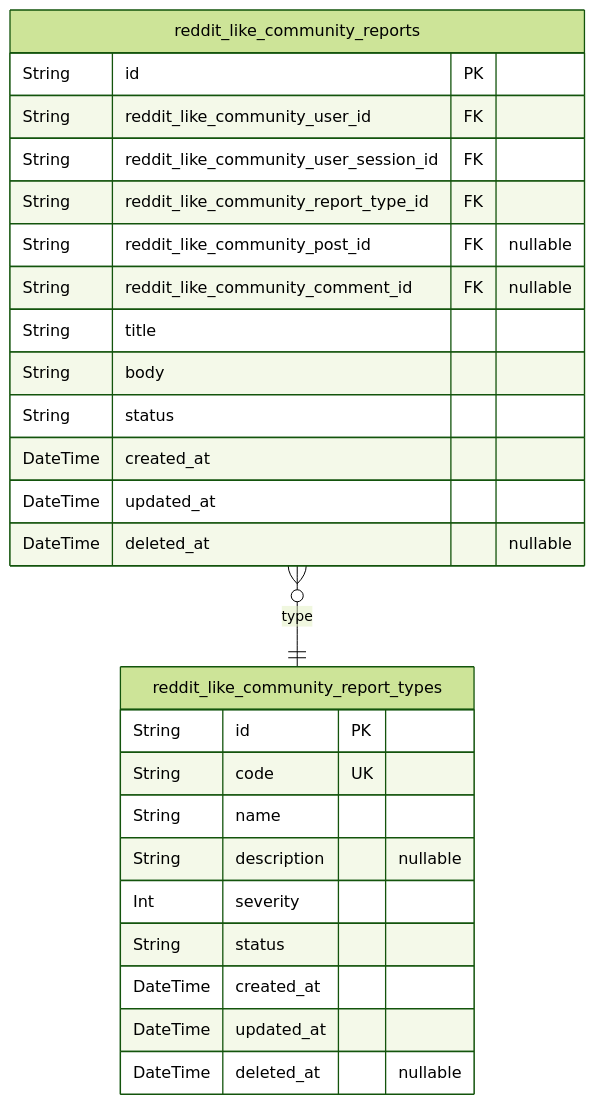
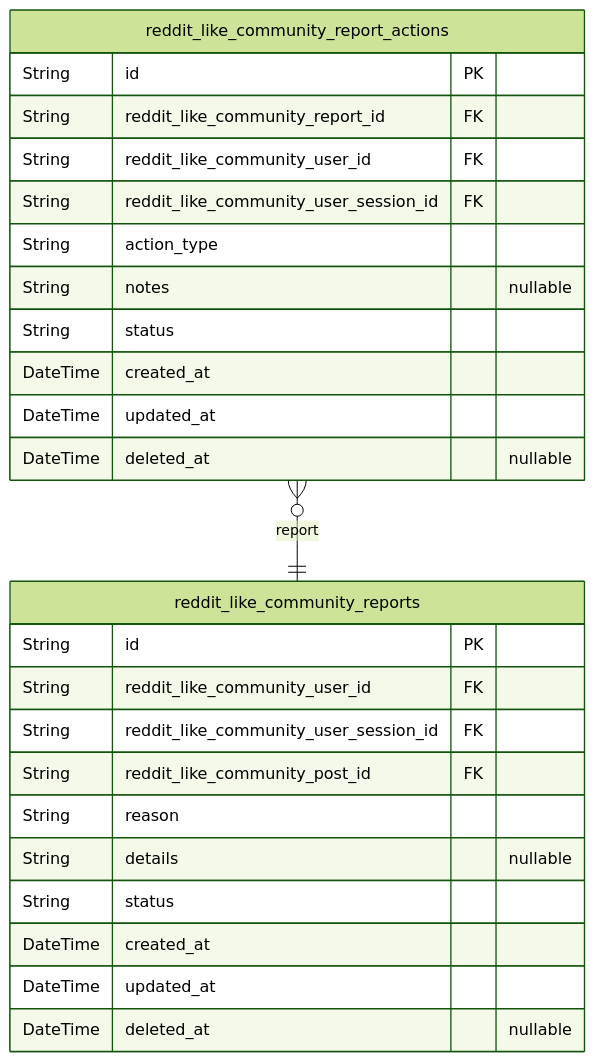
One commit to wrtnlabs/autobe-examples changed the fifth of 5 diagrams in mistralai/codestral-2508/reddit/docs/ERD.md. Above: the diagram before and after it, drawn with Mermaid (forest theme). The commit also changed other lines of this file and 7173 other files, not shown here.

````diff
--- a/mistralai/codestral-2508/reddit/docs/ERD.md
+++ b/mistralai/codestral-2508/reddit/docs/ERD.md
@@ -853,29 +405,28 @@
 ```mermaid
 erDiagram
 "reddit_like_community_reports" {
   String id PK
   String reddit_like_community_user_id FK
   String reddit_like_community_user_session_id FK
-  String reddit_like_community_report_type_id FK
-  String reddit_like_community_post_id FK "nullable"
-  String reddit_like_community_comment_id FK "nullable"
-  String title
-  String body
+  String reddit_like_community_post_id FK
+  String reason
+  String details "nullable"
   String status
   DateTime created_at
   DateTime updated_at
   DateTime deleted_at "nullable"
 }
-"reddit_like_community_report_types" {
+"reddit_like_community_report_actions" {
   String id PK
-  String code UK
-  String name
-  String description "nullable"
-  Int severity
+  String reddit_like_community_report_id FK
+  String reddit_like_community_user_id FK
+  String reddit_like_community_user_session_id FK
+  String action_type
+  String notes "nullable"
   String status
   DateTime created_at
   DateTime updated_at
   DateTime deleted_at "nullable"
 }
-"reddit_like_community_reports" }o--|| "reddit_like_community_report_types" : type
+"reddit_like_community_report_actions" }o--|| "reddit_like_community_reports" : report
 ```
````
